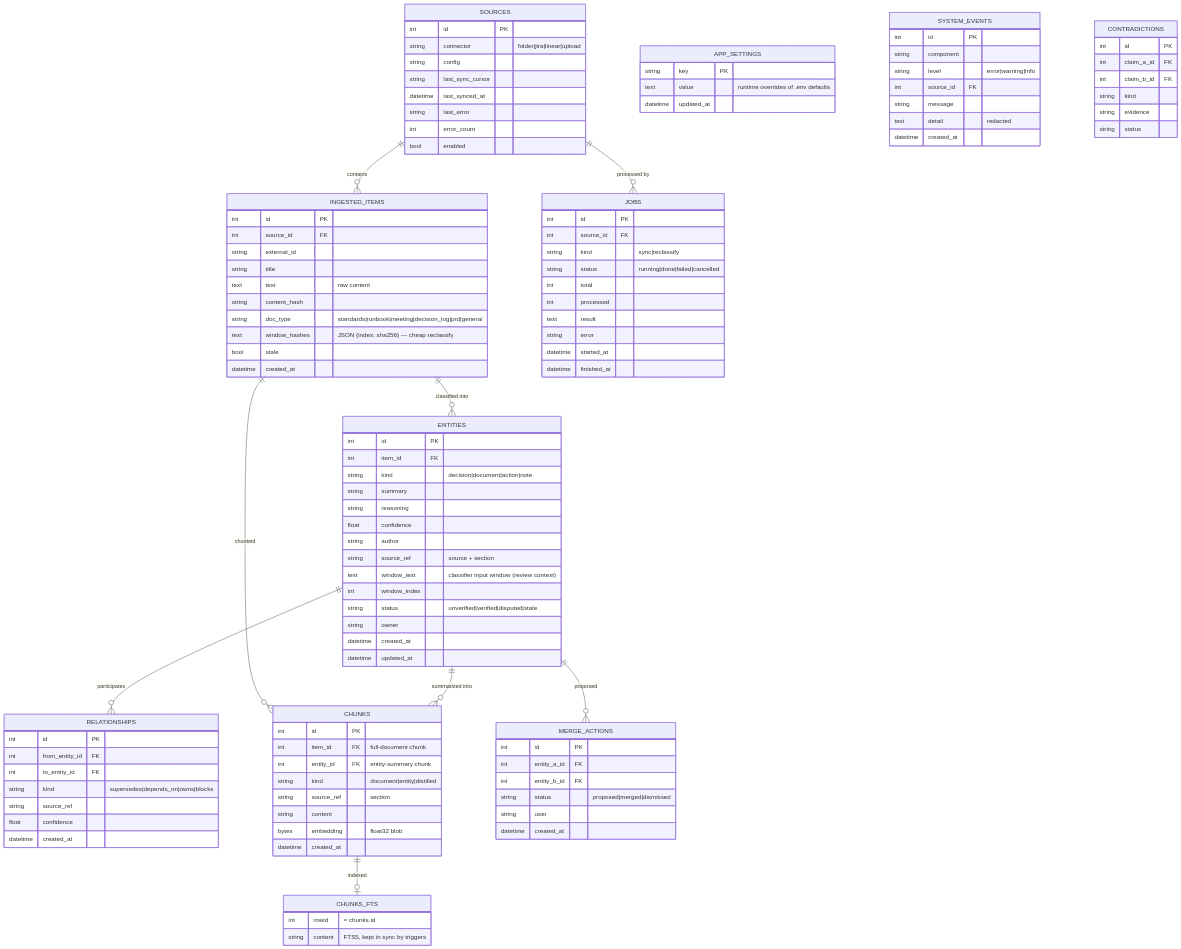
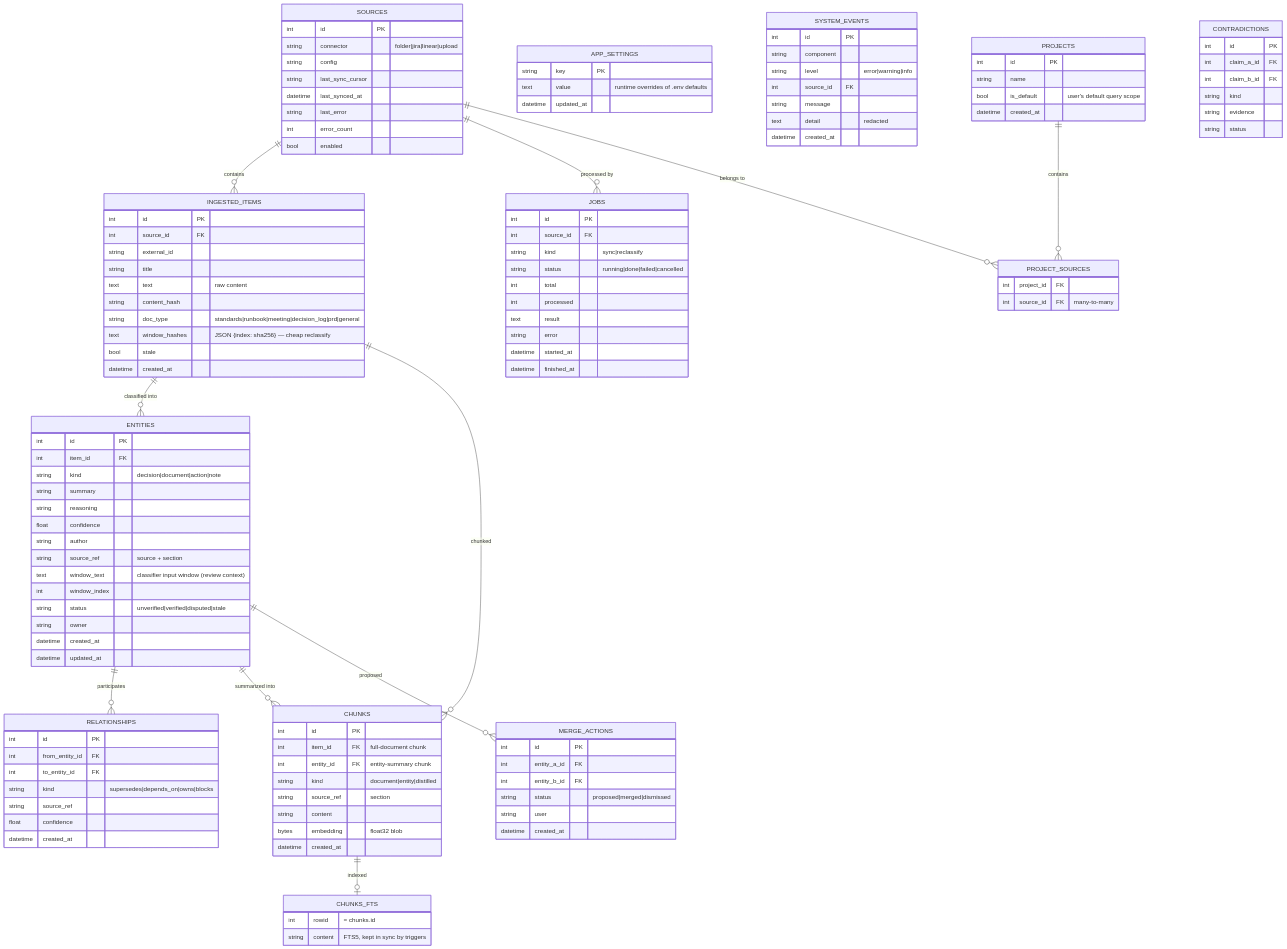
The fourth of 4 diagrams in docs/architecture.md (Atsirkunov/anchorcore), drawn with Mermaid before and after one commit. The commit also changed other lines of this file and 17 other files, not shown here.

```diff
--- a/docs/architecture.md
+++ b/docs/architecture.md
@@ -239,6 +238,16 @@
         text detail "redacted"
         datetime created_at
     }
+    PROJECTS {
+        int id PK
+        string name
+        bool is_default "user's default query scope"
+        datetime created_at
+    }
+    PROJECT_SOURCES {
+        int project_id FK
+        int source_id FK "many-to-many"
+    }
     SOURCES ||--o{ INGESTED_ITEMS : "contains"
     INGESTED_ITEMS ||--o{ ENTITIES : "classified into"
     INGESTED_ITEMS ||--o{ CHUNKS : "chunked"
@@ -247,6 +256,8 @@
     ENTITIES ||--o{ MERGE_ACTIONS : "proposed"
     CHUNKS ||--o| CHUNKS_FTS : "indexed"
     SOURCES ||--o{ JOBS : "processed by"
+    PROJECTS ||--o{ PROJECT_SOURCES : "contains"
+    SOURCES ||--o{ PROJECT_SOURCES : "belongs to"
 
     CONTRADICTIONS {
         int id PK
```
